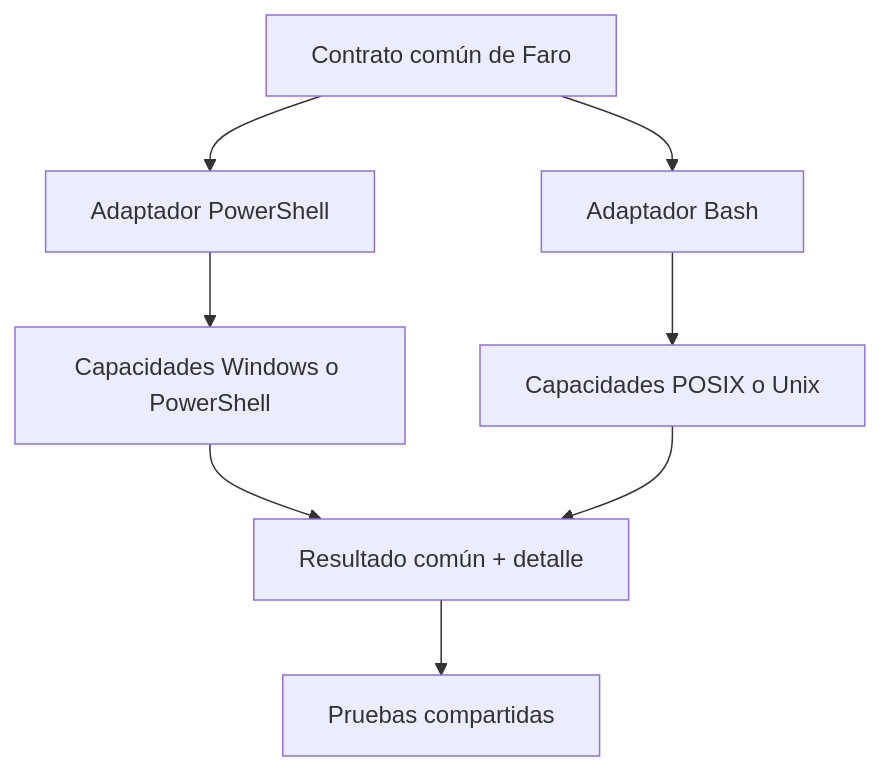
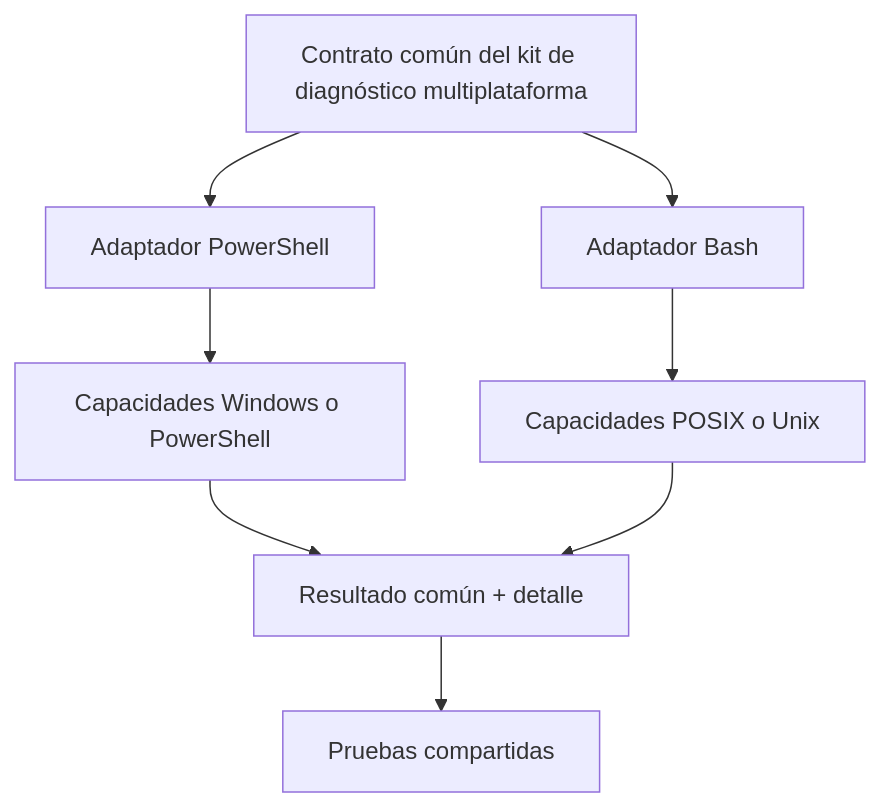
Before and after one commit to vladimiracunadev-create/modern-software-engineering-program: the first of 2 diagrams in content/part-02/SE-030.md, drawn with Mermaid. The commit also changed other lines of this file and 13 other files, not shown here.

````diff
--- a/content/part-02/SE-030.md
+++ b/content/part-02/SE-030.md
@@ -60,10 +60,10 @@
 ```mermaid
 flowchart TB
- C[Contrato común de Faro] --> P[Adaptador PowerShell]
+ C[Contrato común del kit de diagnóstico multiplataforma] --> P[Adaptador PowerShell]
  C --> B[Adaptador Bash]
  P --> W[Capacidades Windows o PowerShell]
  B --> U[Capacidades POSIX o Unix]
  W --> N[Resultado común + detalle]
  U --> N
  N --> T[Pruebas compartidas]
 ```
````
